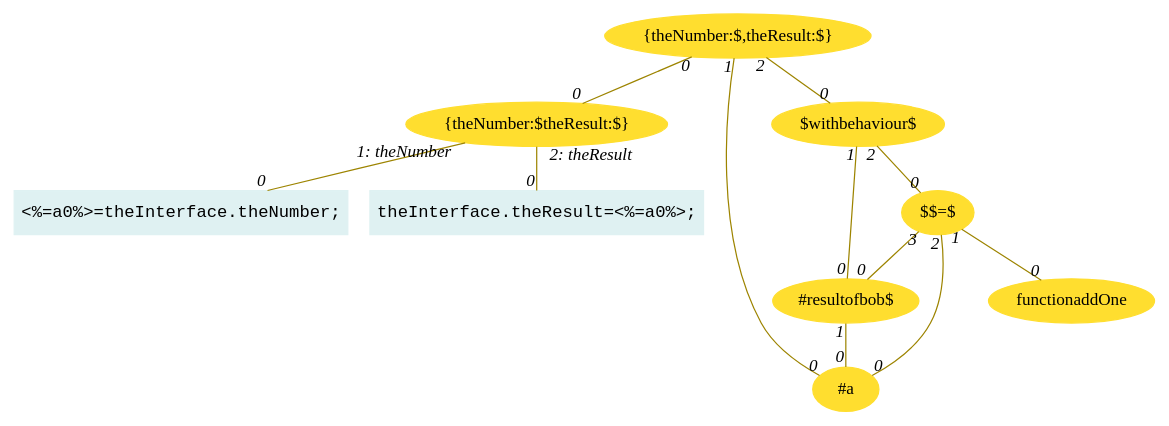
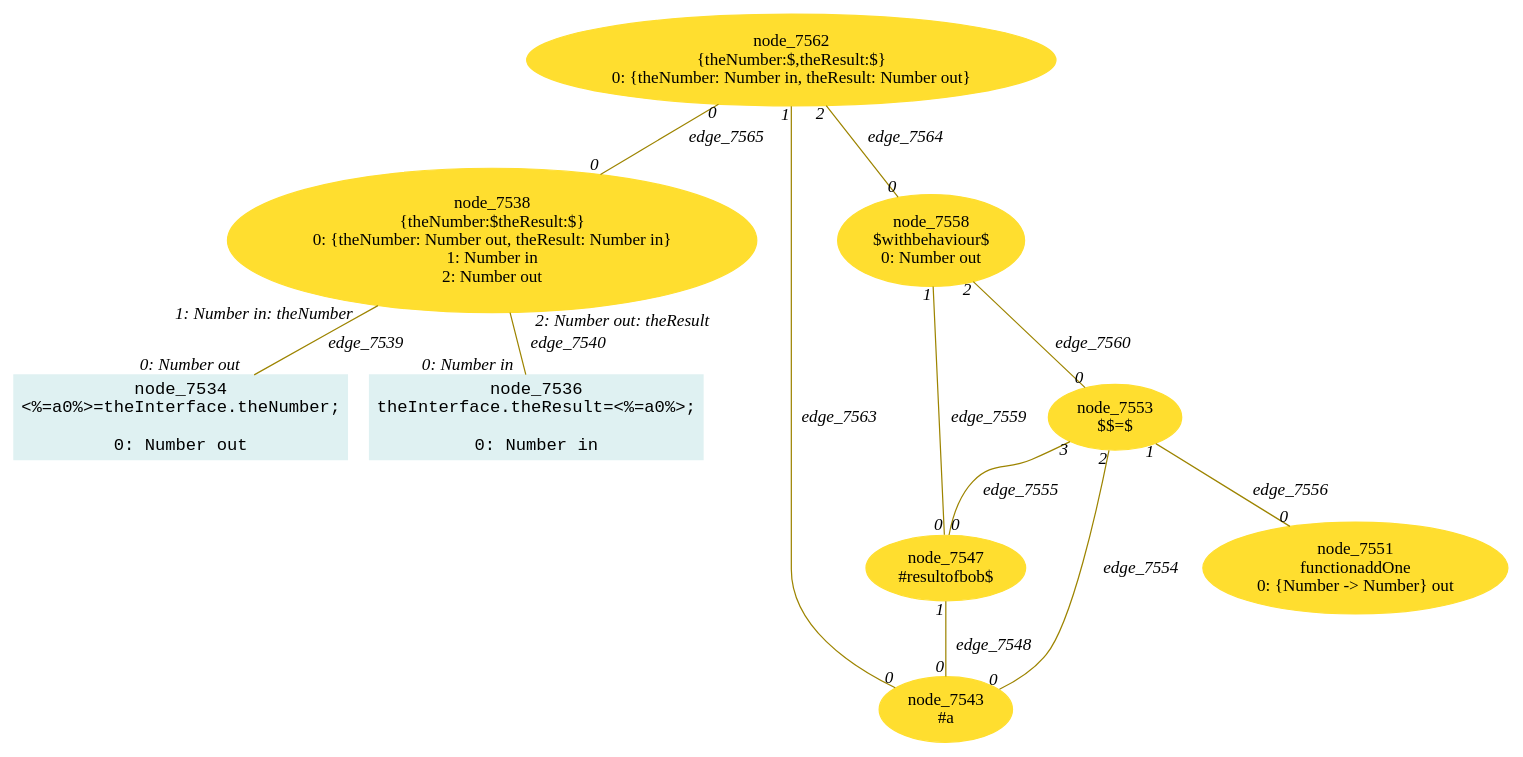
Before and after one commit to crubier/lidl: the diagram in lidl-core/example/ok/simpleFunc/dot/13referentialTransparencyInstances1.dot, drawn with Graphviz. The commit also changed 979 other files, not shown here.

```diff
--- a/lidl-core/example/ok/simpleFunc/dot/13referentialTransparencyInstances1.dot
+++ b/lidl-core/example/ok/simpleFunc/dot/13referentialTransparencyInstances1.dot
@@ -1,23 +1,43 @@
-digraph g{node_2458 [shape="box", style="filled", color="#dff1f2", fontname="Courier", label="<%=a0%>=theInterface.theNumber;
+digraph g{node_7534 [shape="box", style="filled", color="#dff1f2", fontname="Courier", label="node_7534
+<%=a0%>=theInterface.theNumber;
+
+0: Number out" ]
+node_7536 [shape="box", style="filled", color="#dff1f2", fontname="Courier", label="node_7536
+theInterface.theResult=<%=a0%>;
+
+0: Number in" ]
+node_7538 [shape="ellipse", style="filled", color="#ffde2f", fontname="Times", label="node_7538
+{theNumber:$theResult:$}
+0: {theNumber: Number out, theResult: Number in}
+1: Number in
+2: Number out" ]
+node_7543 [shape="ellipse", style="filled", color="#ffde2f", fontname="Times", label="node_7543
+#a
 " ]
-node_2460 [shape="box", style="filled", color="#dff1f2", fontname="Courier", label="theInterface.theResult=<%=a0%>;
+node_7547 [shape="ellipse", style="filled", color="#ffde2f", fontname="Times", label="node_7547
+#resultofbob$
 " ]
-node_2462 [shape="ellipse", style="filled", color="#ffde2f", fontname="Times", label="{theNumber:$theResult:$}" ]
-node_2467 [shape="ellipse", style="filled", color="#ffde2f", fontname="Times", label="#a" ]
-node_2471 [shape="ellipse", style="filled", color="#ffde2f", fontname="Times", label="#resultofbob$" ]
-node_2475 [shape="ellipse", style="filled", color="#ffde2f", fontname="Times", label="functionaddOne" ]
-node_2477 [shape="ellipse", style="filled", color="#ffde2f", fontname="Times", label="$$=$" ]
-node_2482 [shape="ellipse", style="filled", color="#ffde2f", fontname="Times", label="$withbehaviour$" ]
-node_2486 [shape="ellipse", style="filled", color="#ffde2f", fontname="Times", label="{theNumber:$,theResult:$}" ]
-node_2462 -> node_2458 [dir=none, arrowHead=none, fontname="Times-Italic", arrowsize=1, color="#9d8400", label="",  headlabel="0", taillabel="1: theNumber" ]
-node_2462 -> node_2460 [dir=none, arrowHead=none, fontname="Times-Italic", arrowsize=1, color="#9d8400", label="",  headlabel="0", taillabel="2: theResult" ]
-node_2471 -> node_2467 [dir=none, arrowHead=none, fontname="Times-Italic", arrowsize=1, color="#9d8400", label="",  headlabel="0", taillabel="1" ]
-node_2477 -> node_2467 [dir=none, arrowHead=none, fontname="Times-Italic", arrowsize=1, color="#9d8400", label="",  headlabel="0", taillabel="2" ]
-node_2477 -> node_2471 [dir=none, arrowHead=none, fontname="Times-Italic", arrowsize=1, color="#9d8400", label="",  headlabel="0", taillabel="3" ]
-node_2477 -> node_2475 [dir=none, arrowHead=none, fontname="Times-Italic", arrowsize=1, color="#9d8400", label="",  headlabel="0", taillabel="1" ]
-node_2482 -> node_2471 [dir=none, arrowHead=none, fontname="Times-Italic", arrowsize=1, color="#9d8400", label="",  headlabel="0", taillabel="1" ]
-node_2482 -> node_2477 [dir=none, arrowHead=none, fontname="Times-Italic", arrowsize=1, color="#9d8400", label="",  headlabel="0", taillabel="2" ]
-node_2486 -> node_2467 [dir=none, arrowHead=none, fontname="Times-Italic", arrowsize=1, color="#9d8400", label="",  headlabel="0", taillabel="1" ]
-node_2486 -> node_2482 [dir=none, arrowHead=none, fontname="Times-Italic", arrowsize=1, color="#9d8400", label="",  headlabel="0", taillabel="2" ]
-node_2486 -> node_2462 [dir=none, arrowHead=none, fontname="Times-Italic", arrowsize=1, color="#9d8400", label="",  headlabel="0", taillabel="0" ]
+node_7551 [shape="ellipse", style="filled", color="#ffde2f", fontname="Times", label="node_7551
+functionaddOne
+0: {Number -> Number} out" ]
+node_7553 [shape="ellipse", style="filled", color="#ffde2f", fontname="Times", label="node_7553
+$$=$
+" ]
+node_7558 [shape="ellipse", style="filled", color="#ffde2f", fontname="Times", label="node_7558
+$withbehaviour$
+0: Number out" ]
+node_7562 [shape="ellipse", style="filled", color="#ffde2f", fontname="Times", label="node_7562
+{theNumber:$,theResult:$}
+0: {theNumber: Number in, theResult: Number out}" ]
+node_7538 -> node_7534 [dir=none, arrowHead=none, fontname="Times-Italic", arrowsize=1, color="#9d8400", label="edge_7539",  headlabel="0: Number out", taillabel="1: Number in: theNumber" ]
+node_7538 -> node_7536 [dir=none, arrowHead=none, fontname="Times-Italic", arrowsize=1, color="#9d8400", label="edge_7540",  headlabel="0: Number in", taillabel="2: Number out: theResult" ]
+node_7547 -> node_7543 [dir=none, arrowHead=none, fontname="Times-Italic", arrowsize=1, color="#9d8400", label="edge_7548",  headlabel="0", taillabel="1" ]
+node_7553 -> node_7543 [dir=none, arrowHead=none, fontname="Times-Italic", arrowsize=1, color="#9d8400", label="edge_7554",  headlabel="0", taillabel="2" ]
+node_7553 -> node_7547 [dir=none, arrowHead=none, fontname="Times-Italic", arrowsize=1, color="#9d8400", label="edge_7555",  headlabel="0", taillabel="3" ]
+node_7553 -> node_7551 [dir=none, arrowHead=none, fontname="Times-Italic", arrowsize=1, color="#9d8400", label="edge_7556",  headlabel="0", taillabel="1" ]
+node_7558 -> node_7547 [dir=none, arrowHead=none, fontname="Times-Italic", arrowsize=1, color="#9d8400", label="edge_7559",  headlabel="0", taillabel="1" ]
+node_7558 -> node_7553 [dir=none, arrowHead=none, fontname="Times-Italic", arrowsize=1, color="#9d8400", label="edge_7560",  headlabel="0", taillabel="2" ]
+node_7562 -> node_7543 [dir=none, arrowHead=none, fontname="Times-Italic", arrowsize=1, color="#9d8400", label="edge_7563",  headlabel="0", taillabel="1" ]
+node_7562 -> node_7558 [dir=none, arrowHead=none, fontname="Times-Italic", arrowsize=1, color="#9d8400", label="edge_7564",  headlabel="0", taillabel="2" ]
+node_7562 -> node_7538 [dir=none, arrowHead=none, fontname="Times-Italic", arrowsize=1, color="#9d8400", label="edge_7565",  headlabel="0", taillabel="0" ]
 }
```
